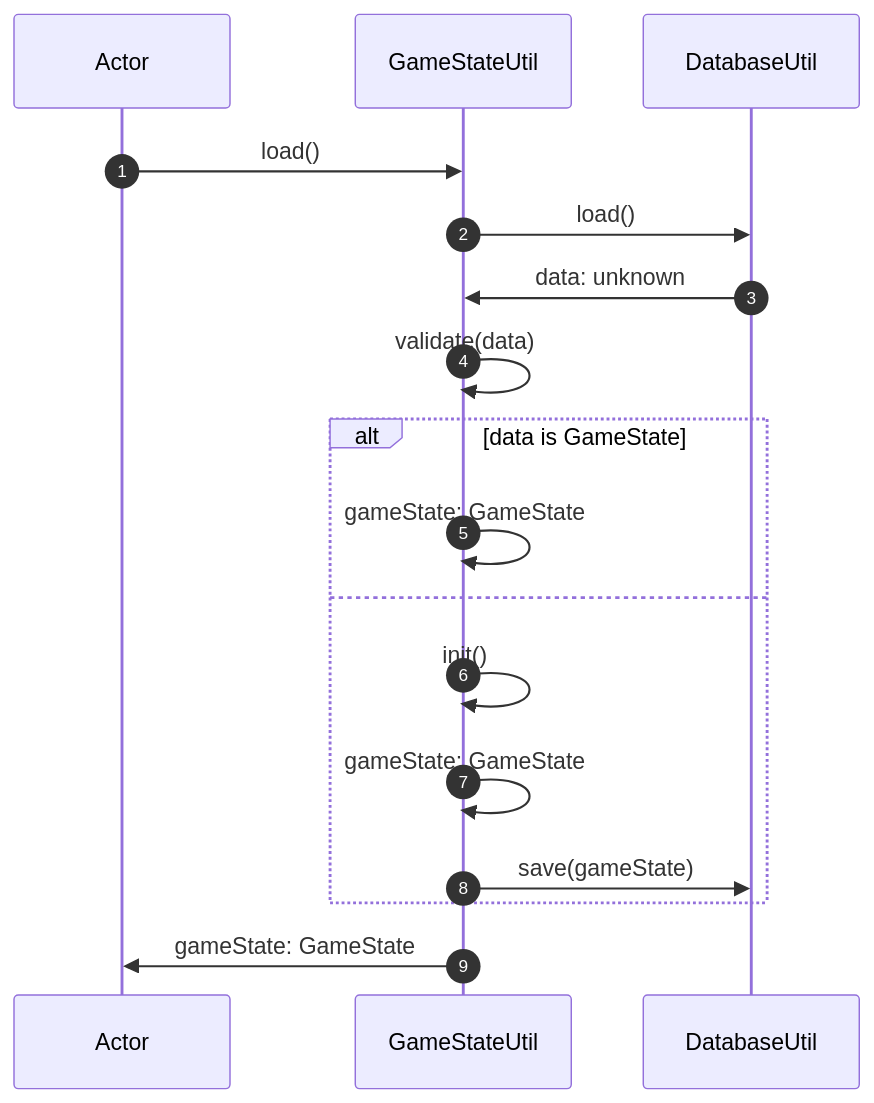
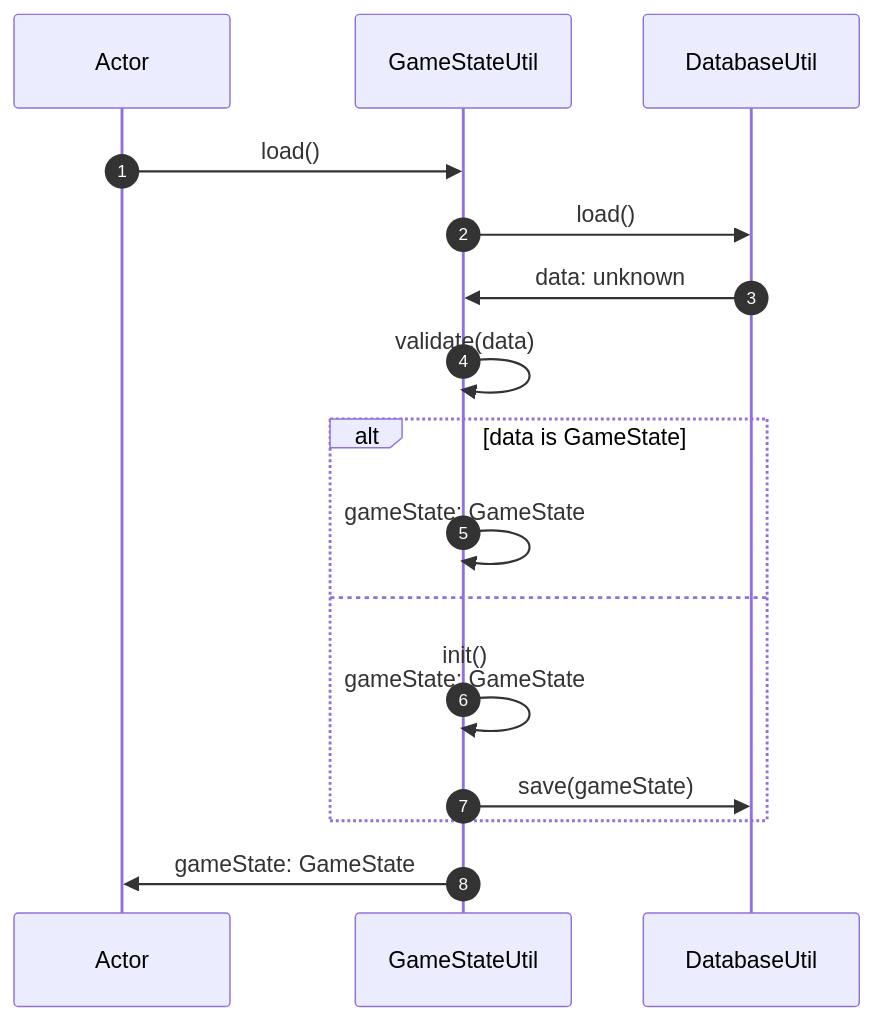
One commit to normal-devs/klicker-knight changed the first of 2 diagrams in docs/architecture/gameStateUtil.md. Above: the diagram before and after it, drawn with Mermaid. The commit also changed 1 other file, not shown here.

Commit message:
Document error handling in databaseUtil

````diff
--- a/docs/architecture/gameStateUtil.md
+++ b/docs/architecture/gameStateUtil.md
@@ -8,23 +8,22 @@
 ```mermaid
 sequenceDiagram
   autonumber
   participant A as Actor
   participant G as GameStateUtil
   participant D as DatabaseUtil
 
   A ->> G: load()
   G ->> D: load()
   D ->> G: data: unknown
 
   G ->> G: validate(data)
 
   alt data is GameState
     G ->> G: gameState: GameState
   else
-    G ->> G: init()
-    G ->> G: gameState: GameState
+    G ->> G: init() <br> gameState: GameState
     G ->> D: save(gameState)
   end
 
   G ->> A: gameState: GameState
 ```
````
